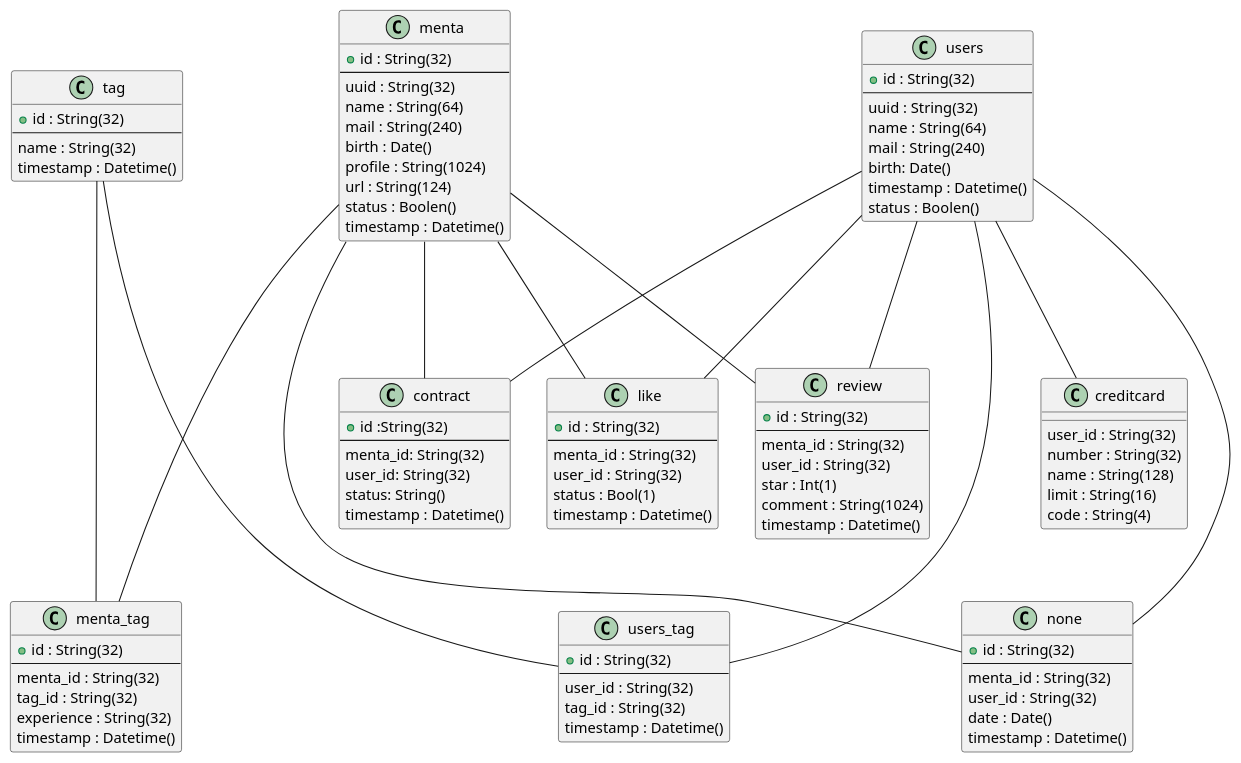
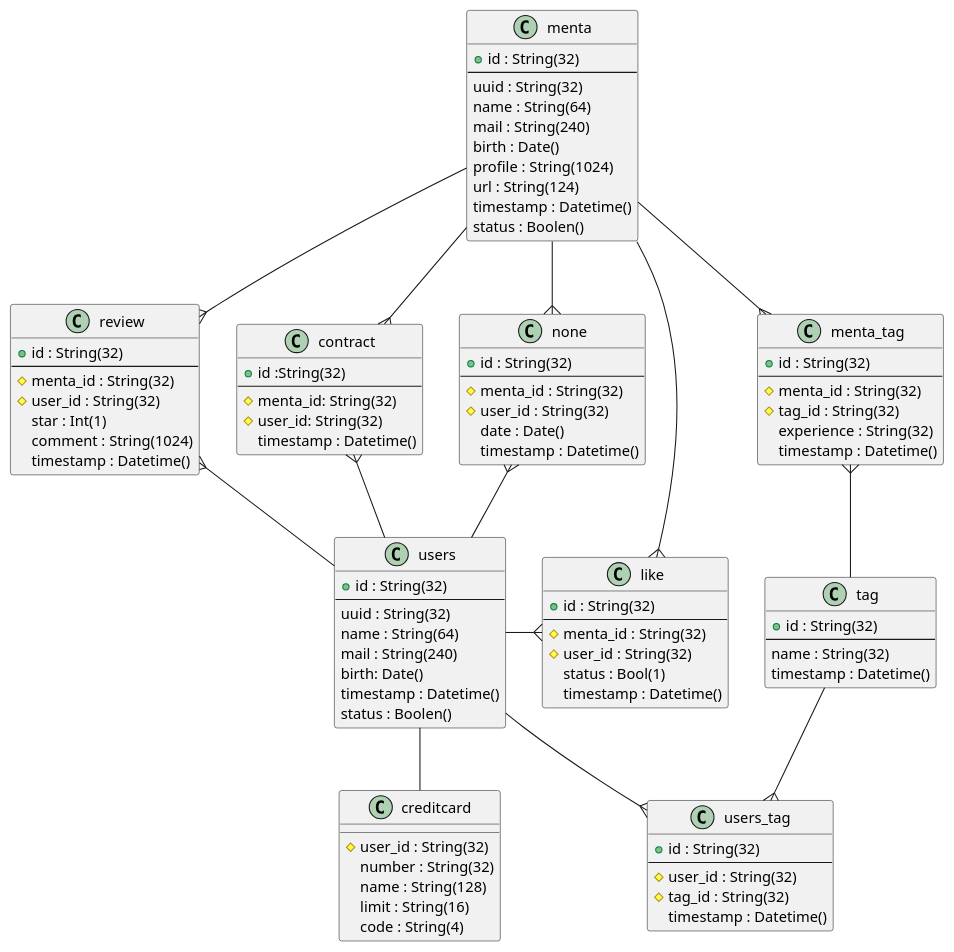
Before and after one commit to mitsuYashi/Mynt: the diagram in er.pu, drawn with PlantUML.

Commit message:
fix:ER図を見やすく編集

```diff
--- a/er.pu
+++ b/er.pu
@@ -1,147 +1,145 @@
 @startuml ER
 
 class users {
     + id : String(32)
     ---
     uuid : String(32)
     name : String(64)
     mail : String(240) 
     birth: Date()
     timestamp : Datetime()
     status : Boolen()
 }
 /'
     クライアント
 
     birth: 誕生日
     status: アカウントの有効状態
 '/
 
 class menta {
     + id : String(32)
     ---
     uuid : String(32)
     name : String(64)
     mail : String(240)
     birth : Date()
     profile : String(1024)
     url : String(124)
+    timestamp : Datetime()
     status : Boolen()
-    timestamp : Datetime()
 }
 /'
     メンター
 
     profile: ポートフォリオ
     url:  youtube url
     status: 有効状態
     
     終了条件をプロフィールに明示する
     完了せずに契約終了した場合返金処理
 '/
 
 class review {
     + id : String(32)
     ---
-    menta_id : String(32)
-    user_id : String(32)
+    # menta_id : String(32)
+    # user_id : String(32)
     star : Int(1)
     comment : String(1024)
     timestamp : Datetime()
 }
 
 class tag {
     + id : String(32)
     ---
     name : String(32)
     timestamp : Datetime()
 }
 /'
     分野
 '/
 
 class users_tag {
     + id : String(32)
     ---
-    user_id : String(32)
-    tag_id : String(32)
+    # user_id : String(32)
+    # tag_id : String(32)
     timestamp : Datetime()
 }
 /'
     userとタグの関連付け
 '/  
 
 class menta_tag {
     + id : String(32)
     ---
-    menta_id : String(32)
-    tag_id : String(32)
+    # menta_id : String(32)
+    # tag_id : String(32)
     experience : String(32)
     timestamp : Datetime()
 }
 
 class like {
     ' 契約前
     + id : String(32)
     ---
-    menta_id : String(32)
-    user_id : String(32)
+    # menta_id : String(32)
+    # user_id : String(32)
     status : Bool(1)
     timestamp : Datetime()
 }
 /'
     契約前
     menta_id: サービス提供者
     user_id: 依頼者
     status: 1で有効0で無効
 '/
 
 class contract {
     + id :String(32)
     ---
-    menta_id: String(32)
-    user_id: String(32)
-    status: String()
+    # menta_id: String(32)
+    # user_id: String(32)
     timestamp : Datetime()
 }
 /'
     契約済み
-    status: end、cancell、inProgress
 '/
 
 class none {
     + id : String(32)
     ---
-    menta_id : String(32)
-    user_id : String(32)
+    # menta_id : String(32)
+    # user_id : String(32)
     date : Date()
     timestamp : Datetime()
 }
 /'
     noneされた人
     一か月表示しない
 '/
 
 class creditcard {
-    user_id : String(32)
+    # user_id : String(32)
     number : String(32)
     name : String(128)
     limit : String(16)
     code : String(4)
 }
 
 
-users --- like
-menta --- like
-users --- contract
-menta --- contract
-users --- none
-menta ---- none
-tag ---- users_tag
-tag ---- menta_tag
-users ---- users_tag
-menta --- menta_tag
-users --- review
-menta --- review
-users --- creditcard
+users -{ like
+menta --{ like
+contract }-- users
+menta --{ contract
+none }-- users
+menta --{ none
+tag --{ users_tag
+menta_tag }-- tag
+users --{ users_tag
+menta --{ menta_tag
+review }-- users
+menta --{ review
+users -- creditcard
 @enduml
```
